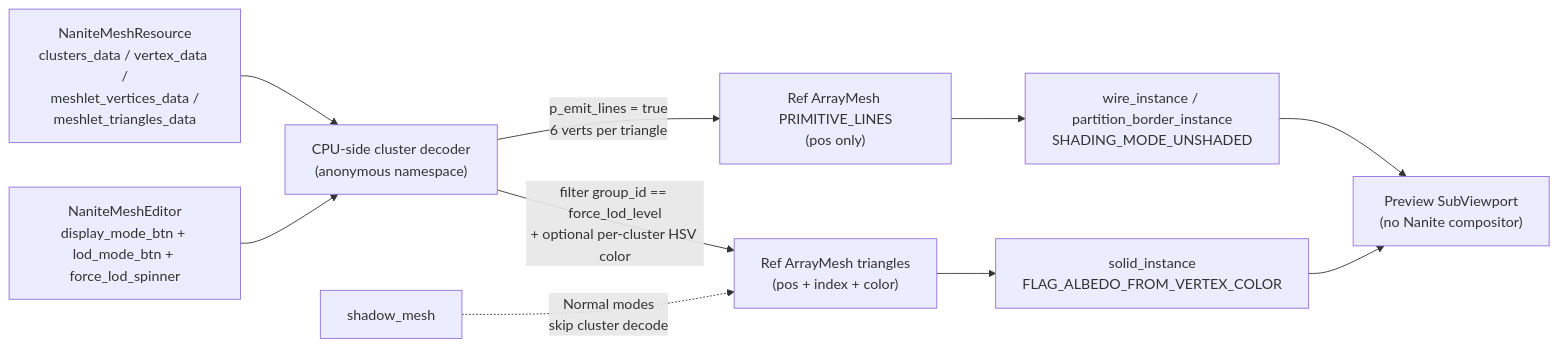
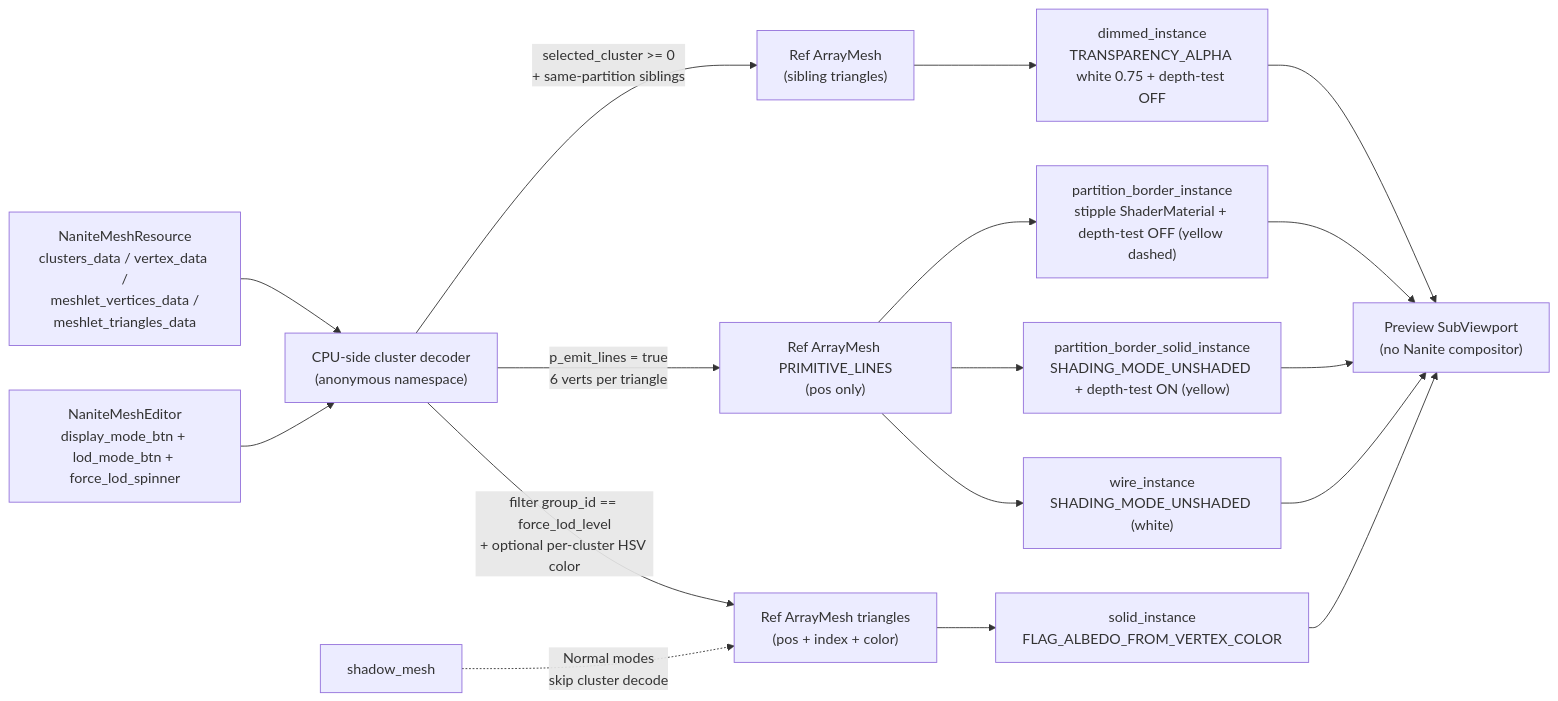
The tenth of 18 diagrams in nanite_doc/nanite-overall-design.md (alonecat06/godot), drawn with Mermaid before and after one commit. The commit also changed other lines of this file, not shown here.

First line of the commit message:
docs(nanite): 同步阶段0预览界面至最新代码（5 个 MeshInstance3D + 外边界 partition border）

````diff
--- a/nanite_doc/nanite-overall-design.md
+++ b/nanite_doc/nanite-overall-design.md
@@ -1321,12 +1326,19 @@
 ```mermaid
 flowchart LR
     UI["NaniteMeshEditor<br/>display_mode_btn + lod_mode_btn + force_lod_spinner"] --> DECODE["CPU-side cluster decoder<br/>(anonymous namespace)"]
     RES["NaniteMeshResource<br/>clusters_data / vertex_data /<br/>meshlet_vertices_data /<br/>meshlet_triangles_data"] --> DECODE
     DECODE -->|"filter group_id == force_lod_level<br/>+ optional per-cluster HSV color"| AM["Ref ArrayMesh triangles<br/>(pos + index + color)"]
     DECODE -->|"p_emit_lines = true<br/>6 verts per triangle"| WM["Ref ArrayMesh PRIMITIVE_LINES<br/>(pos only)"]
+    DECODE -->|"selected_cluster >= 0<br/>+ same-partition siblings"| SM["Ref ArrayMesh<br/>(sibling triangles)"]
     AM --> MI["solid_instance<br/>FLAG_ALBEDO_FROM_VERTEX_COLOR"]
-    WM --> WI["wire_instance / partition_border_instance<br/>SHADING_MODE_UNSHADED"]
+    WM --> WI["wire_instance<br/>SHADING_MODE_UNSHADED (white)"]
+    WM --> PBS["partition_border_solid_instance<br/>SHADING_MODE_UNSHADED + depth-test ON (yellow)"]
+    WM --> PBI["partition_border_instance<br/>stipple ShaderMaterial + depth-test OFF (yellow dashed)"]
+    SM --> DIM["dimmed_instance<br/>TRANSPARENCY_ALPHA white 0.75 + depth-test OFF"]
     SHADOW["shadow_mesh"] -.->|"Normal modes<br/>skip cluster decode"| AM
     MI --> VP["Preview SubViewport<br/>(no Nanite compositor)"]
     WI --> VP
+    PBS --> VP
+    PBI --> VP
+    DIM --> VP
 ```
````
